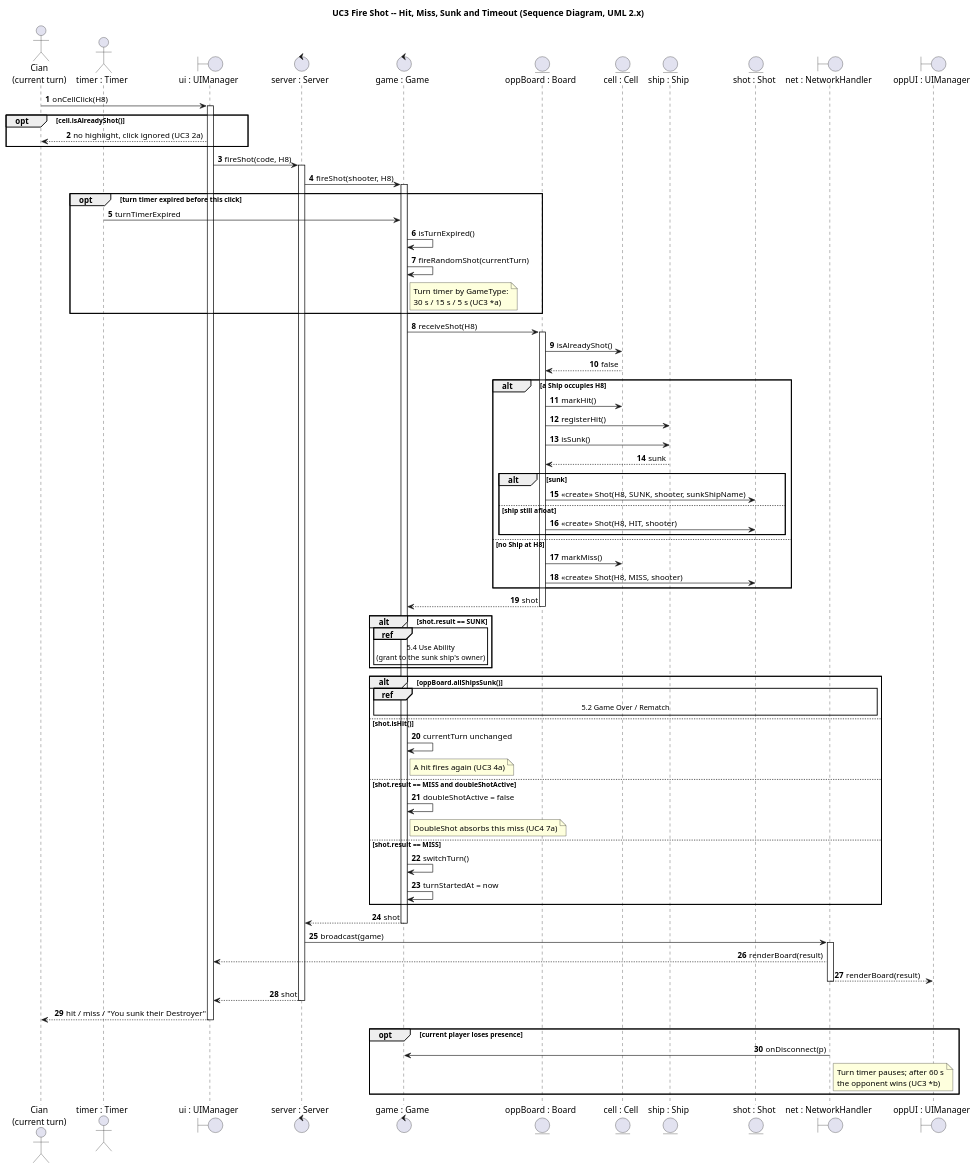
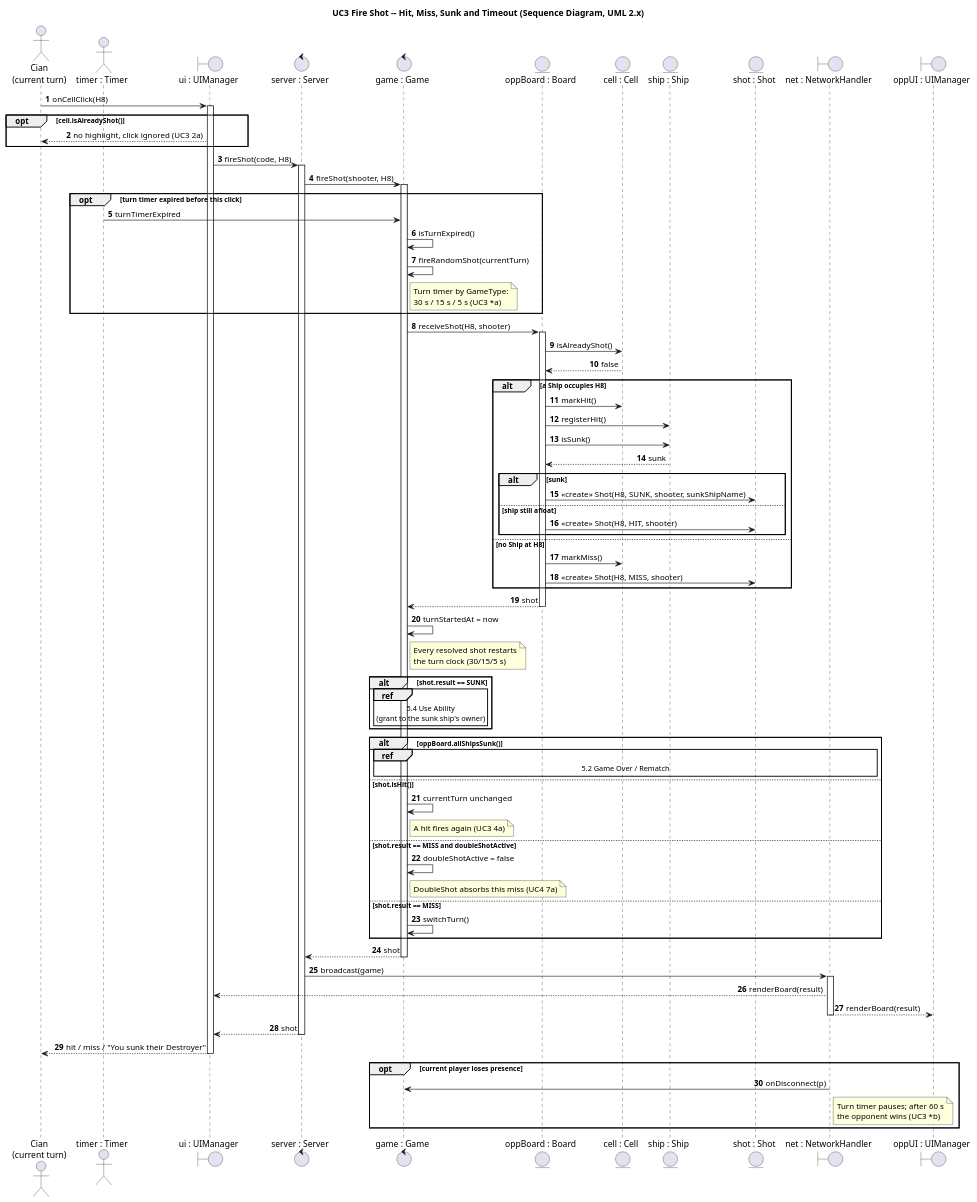
One commit to queeeety/battleship-online changed the diagram in docs/uml/sequence/fire-shot.puml. Above: the diagram before and after it, drawn with PlantUML. The commit also changed 7 other files, not shown here.

First line of the commit message:
Update UML for Stage 1 rules engine changes

```diff
--- a/docs/uml/sequence/fire-shot.puml
+++ b/docs/uml/sequence/fire-shot.puml
@@ -1,95 +1,96 @@
 @startuml 5_3_FireShot_SequenceDiagram
 ' MyBattleship -- GroupXXAssign2.pdf, section 5.3: Fire Shot
 ' Scenario: UC3 Fire Shot, scenarios 2.5, 2.6, 2.9 and 2.10.
 title UC3 Fire Shot -- Hit, Miss, Sunk and Timeout (Sequence Diagram, UML 2.x)
 
 skinparam sequenceMessageAlign first
 autonumber
 
 actor "Cian\n(current turn)" as Player
 actor "timer : Timer" as Timer
 boundary "ui : UIManager" as UI
 control "server : Server" as Server
 control "game : Game" as Game
 entity "oppBoard : Board" as Board
 entity "cell : Cell" as Cell
 entity "ship : Ship" as Ship
 entity "shot : Shot" as Shot
 boundary "net : NetworkHandler" as Net
 boundary "oppUI : UIManager" as OppUI
 
 Player -> UI : onCellClick(H8)
 activate UI
 
 opt cell.isAlreadyShot()
   UI --> Player : no highlight, click ignored (UC3 2a)
 end
 
 UI -> Server : fireShot(code, H8)
 activate Server
 Server -> Game : fireShot(shooter, H8)
 activate Game
 
 opt turn timer expired before this click
   Timer -> Game : turnTimerExpired
   Game -> Game : isTurnExpired()
   Game -> Game : fireRandomShot(currentTurn)
   note right of Game : Turn timer by GameType:\n30 s / 15 s / 5 s (UC3 *a)
 end
 
-Game -> Board : receiveShot(H8)
+Game -> Board : receiveShot(H8, shooter)
 activate Board
 Board -> Cell : isAlreadyShot()
 Cell --> Board : false
 
 alt a Ship occupies H8
   Board -> Cell : markHit()
   Board -> Ship : registerHit()
   Board -> Ship : isSunk()
   Ship --> Board : sunk
   alt sunk
     Board -> Shot : <<create>> Shot(H8, SUNK, shooter, sunkShipName)
   else ship still afloat
     Board -> Shot : <<create>> Shot(H8, HIT, shooter)
   end
 else no Ship at H8
   Board -> Cell : markMiss()
   Board -> Shot : <<create>> Shot(H8, MISS, shooter)
 end
 Board --> Game : shot
 deactivate Board
+Game -> Game : turnStartedAt = now
+note right of Game : Every resolved shot restarts\nthe turn clock (30/15/5 s)
 
 alt shot.result == SUNK
   ref over Game : 5.4 Use Ability\n(grant to the sunk ship's owner)
 end
 
 alt oppBoard.allShipsSunk()
   ref over Game, Net : 5.2 Game Over / Rematch
 else shot.isHit()
   Game -> Game : currentTurn unchanged
   note right of Game : A hit fires again (UC3 4a)
 else shot.result == MISS and doubleShotActive
   Game -> Game : doubleShotActive = false
   note right of Game : DoubleShot absorbs this miss (UC4 7a)
 else shot.result == MISS
   Game -> Game : switchTurn()
-  Game -> Game : turnStartedAt = now
 end
 
 Game --> Server : shot
 deactivate Game
 Server -> Net : broadcast(game)
 activate Net
 Net --> UI : renderBoard(result)
 Net --> OppUI : renderBoard(result)
 deactivate Net
 Server --> UI : shot
 deactivate Server
 UI --> Player : hit / miss / "You sunk their Destroyer"
 deactivate UI
 
 opt current player loses presence
   Net -> Game : onDisconnect(p)
   note right of Net : Turn timer pauses; after 60 s\nthe opponent wins (UC3 *b)
 end
 @enduml
```
